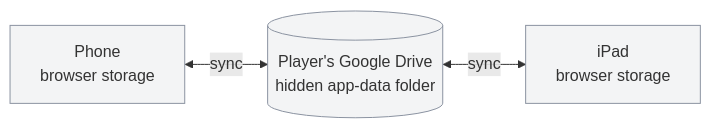
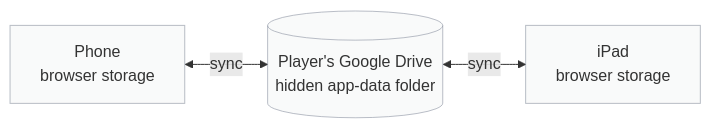
One commit to codex-magica/codex-magica.github.io changed the third of 3 diagrams in README.md. Above: the diagram before and after it, drawn with Mermaid. The commit also changed other lines of this file and 1 other file, not shown here.

First line of the commit message:
Mermaid diagrams: subtler tints and borders

````diff
--- a/README.md
+++ b/README.md
@@ -218,6 +218,6 @@
 ```mermaid
 flowchart LR
     A["Phone<br/>browser storage"] <-->|"sync"| D[("Player's Google Drive<br/>hidden app-data folder")]
     D <-->|"sync"| B["iPad<br/>browser storage"]
-    classDef default fill:#8b93a11a,stroke:#8b93a1,stroke-width:1px
+    classDef default fill:#8b93a10d,stroke:#8b93a199,stroke-width:1px
 ```
````
